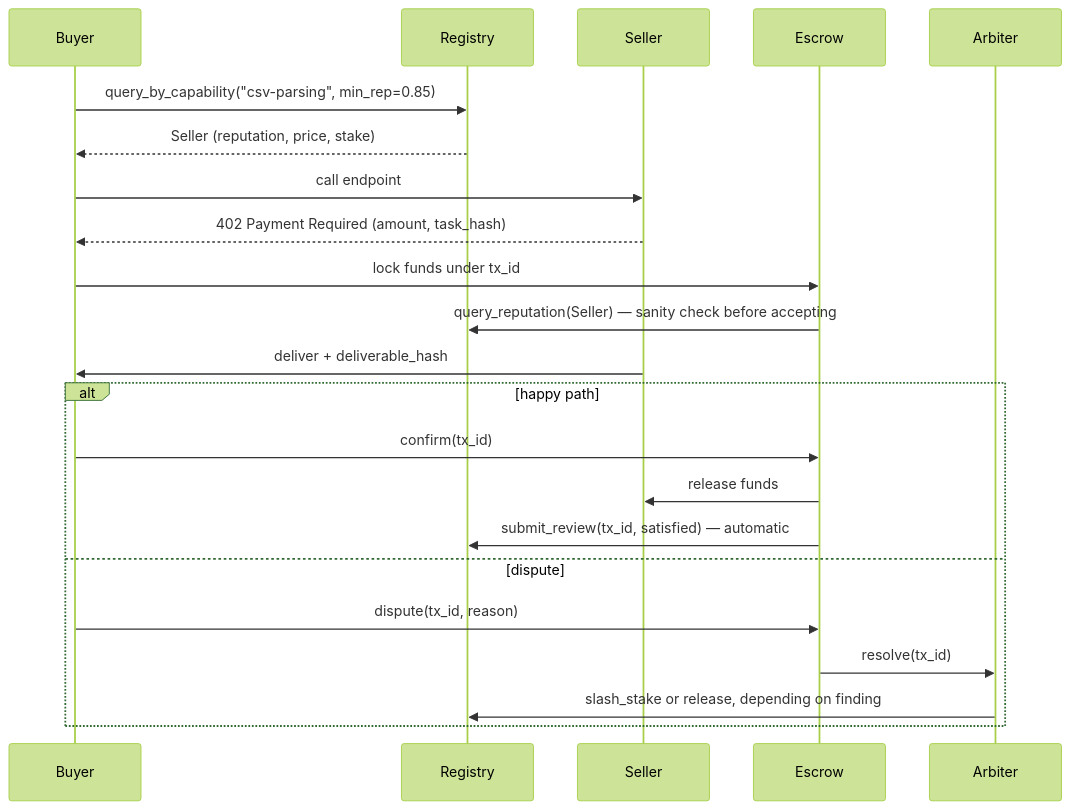
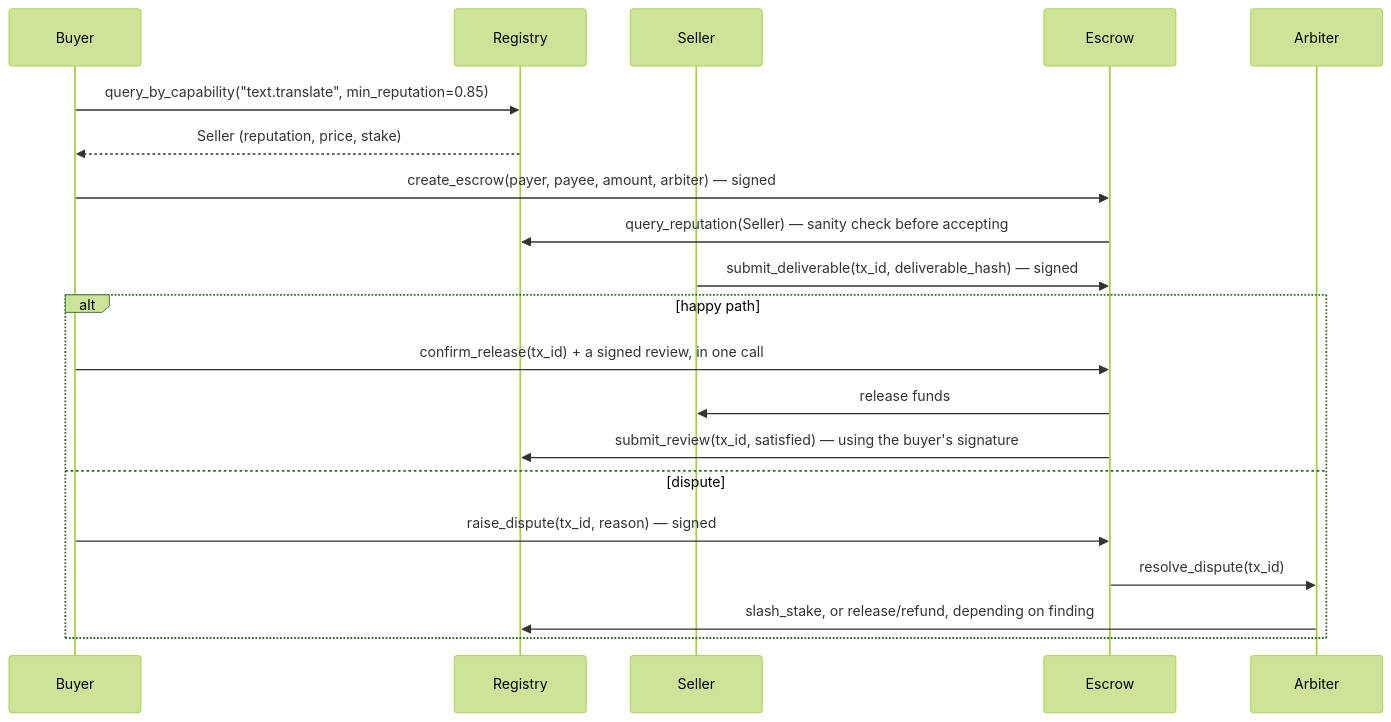
One commit to ballast-agent/agent-trust changed the diagram in README.md. Above: the diagram before and after it, drawn with Mermaid (forest theme). The commit also changed other lines of this file and 9 other files, not shown here.

````diff
--- a/README.md
+++ b/README.md
@@ -44,25 +45,23 @@
 ```mermaid
 sequenceDiagram
     participant Buyer
     participant Registry
     participant Seller
     participant Escrow
     participant Arbiter
 
-    Buyer->>Registry: query_by_capability("csv-parsing", min_rep=0.85)
+    Buyer->>Registry: query_by_capability("text.translate", min_reputation=0.85)
     Registry-->>Buyer: Seller (reputation, price, stake)
-    Buyer->>Seller: call endpoint
-    Seller-->>Buyer: 402 Payment Required (amount, task_hash)
-    Buyer->>Escrow: lock funds under tx_id
+    Buyer->>Escrow: create_escrow(payer, payee, amount, arbiter) — signed
     Escrow->>Registry: query_reputation(Seller)  — sanity check before accepting
-    Seller->>Buyer: deliver + deliverable_hash
+    Seller->>Escrow: submit_deliverable(tx_id, deliverable_hash) — signed
     alt happy path
-        Buyer->>Escrow: confirm(tx_id)
+        Buyer->>Escrow: confirm_release(tx_id) + a signed review, in one call
         Escrow->>Seller: release funds
-        Escrow->>Registry: submit_review(tx_id, satisfied) — automatic
+        Escrow->>Registry: submit_review(tx_id, satisfied) — using the buyer's signature
     else dispute
-        Buyer->>Escrow: dispute(tx_id, reason)
-        Escrow->>Arbiter: resolve(tx_id)
-        Arbiter->>Registry: slash_stake or release, depending on finding
+        Buyer->>Escrow: raise_dispute(tx_id, reason) — signed
+        Escrow->>Arbiter: resolve_dispute(tx_id)
+        Arbiter->>Registry: slash_stake, or release/refund, depending on finding
     end
 ```
````
